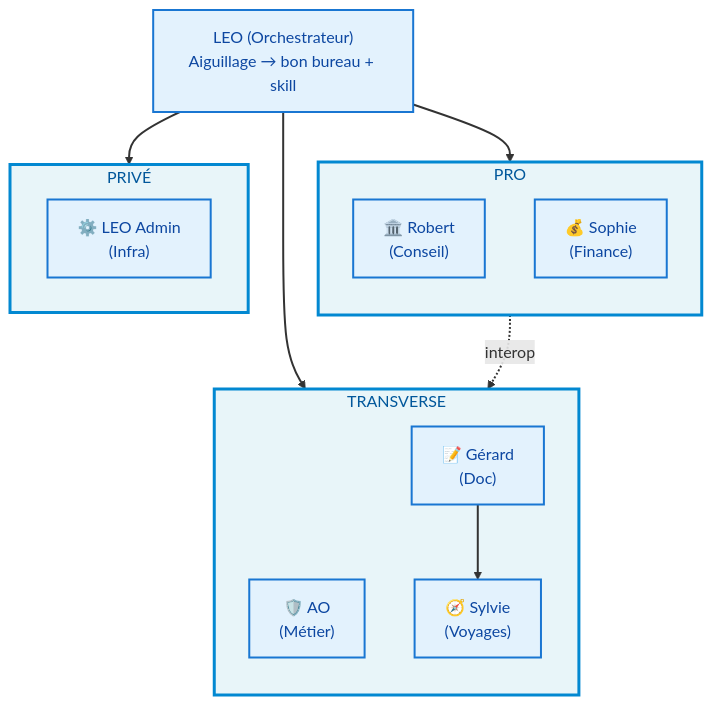
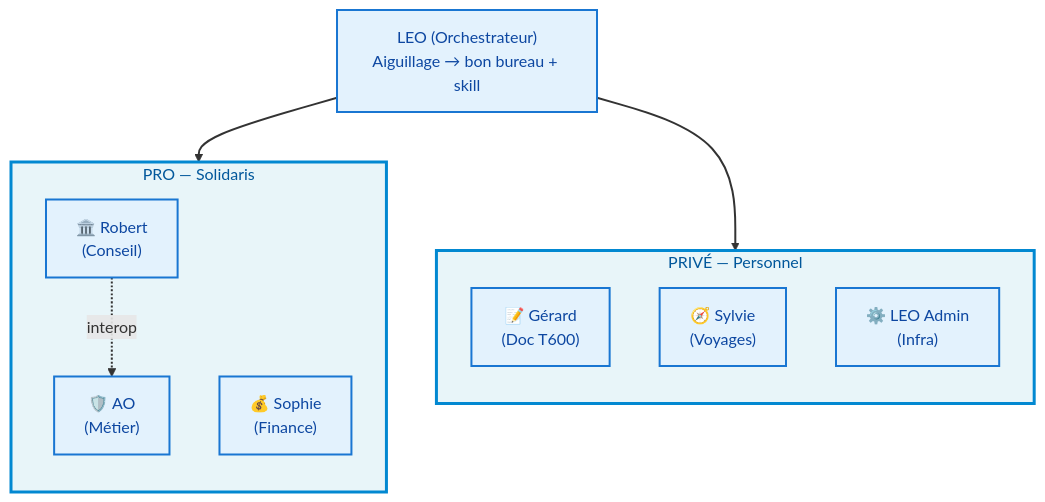
One commit to christophedanhier-hash/BAVI_LEO changed the diagram in docs/wiki/audit/index.md. Above: the diagram before and after it, drawn with Mermaid.

Commit message:
🎨 Diagramme audit corrigé: Gérard/Sylvie/AO dans PRO/PRIVÉ, TRANSVERSE supprimé

````diff
--- a/docs/wiki/audit/index.md
+++ b/docs/wiki/audit/index.md
@@ -150,40 +150,34 @@
 ```mermaid
 flowchart TD
     LEO["LEO (Orchestrateur)<br/>Aiguillage → bon bureau + skill"]
 
     LEO --> PRO
-    LEO --> TRANSVERSE
     LEO --> PRIVE
 
-    subgraph PRO["PRO"]
+    subgraph PRO["PRO — Solidaris"]
         direction TB
         Robert["🏛️ Robert<br/>(Conseil)"]
         Sophie["💰 Sophie<br/>(Finance)"]
+        AO["🛡️ AO<br/>(Métier)"]
     end
 
-    subgraph TRANSVERSE["TRANSVERSE"]
+    subgraph PRIVE["PRIVÉ — Personnel"]
         direction TB
-        AO["🛡️ AO<br/>(Métier)"]
-        Gerard["📝 Gérard<br/>(Doc)"]
+        Gerard["📝 Gérard<br/>(Doc T600)"]
         Sylvie["🧭 Sylvie<br/>(Voyages)"]
-        Gerard --> Sylvie
-    end
-
-    subgraph PRIVE["PRIVÉ"]
         Admin["⚙️ LEO Admin<br/>(Infra)"]
     end
 
     Robert -.->|interop| AO
 
     style LEO fill:#e3f2fd,stroke:#1976d2,stroke-width:2px,color:#0d47a1
     style Robert fill:#e3f2fd,stroke:#1976d2,stroke-width:2px,color:#0d47a1
     style Sophie fill:#e3f2fd,stroke:#1976d2,stroke-width:2px,color:#0d47a1
     style AO fill:#e3f2fd,stroke:#1976d2,stroke-width:2px,color:#0d47a1
     style Gerard fill:#e3f2fd,stroke:#1976d2,stroke-width:2px,color:#0d47a1
     style Sylvie fill:#e3f2fd,stroke:#1976d2,stroke-width:2px,color:#0d47a1
     style Admin fill:#e3f2fd,stroke:#1976d2,stroke-width:2px,color:#0d47a1
     style PRO fill:#e8f5f9,stroke:#0288d1,stroke-width:3px,color:#01579b
-    style TRANSVERSE fill:#e8f5f9,stroke:#0288d1,stroke-width:3px,color:#01579b
     style PRIVE fill:#e8f5f9,stroke:#0288d1,stroke-width:3px,color:#01579b
     linkStyle default stroke-width:2px,fill:none
 ```
````
